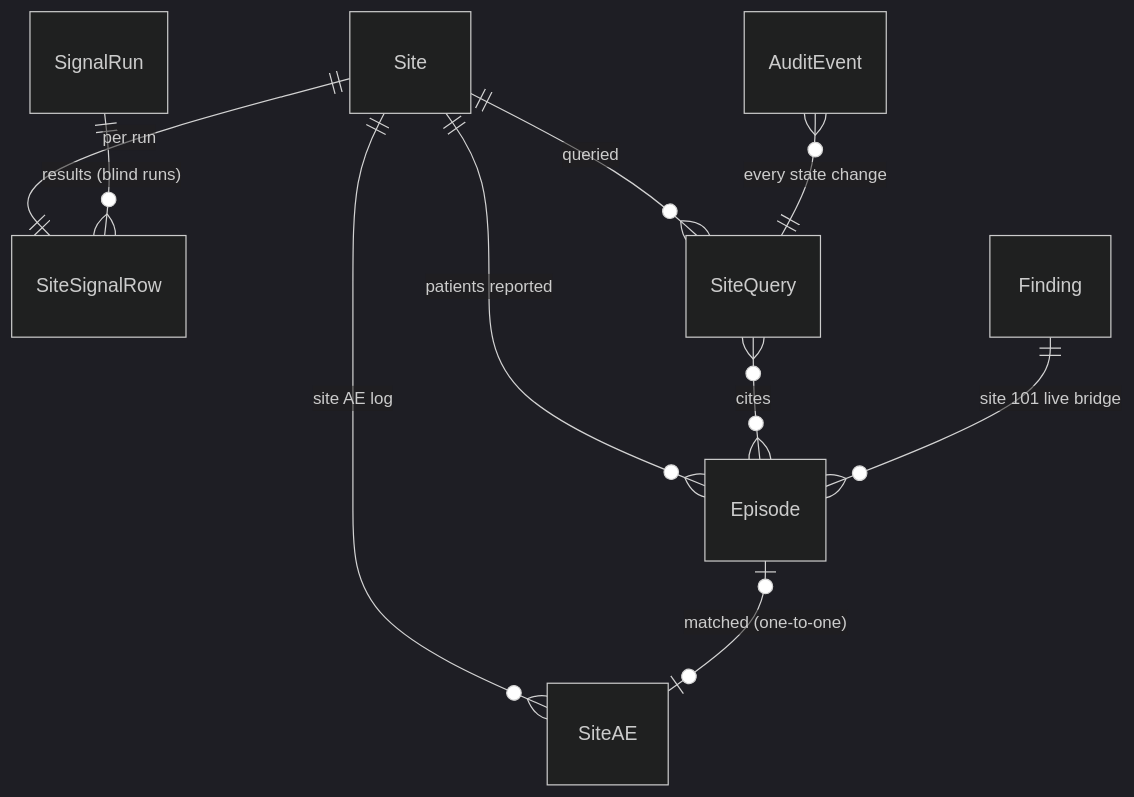
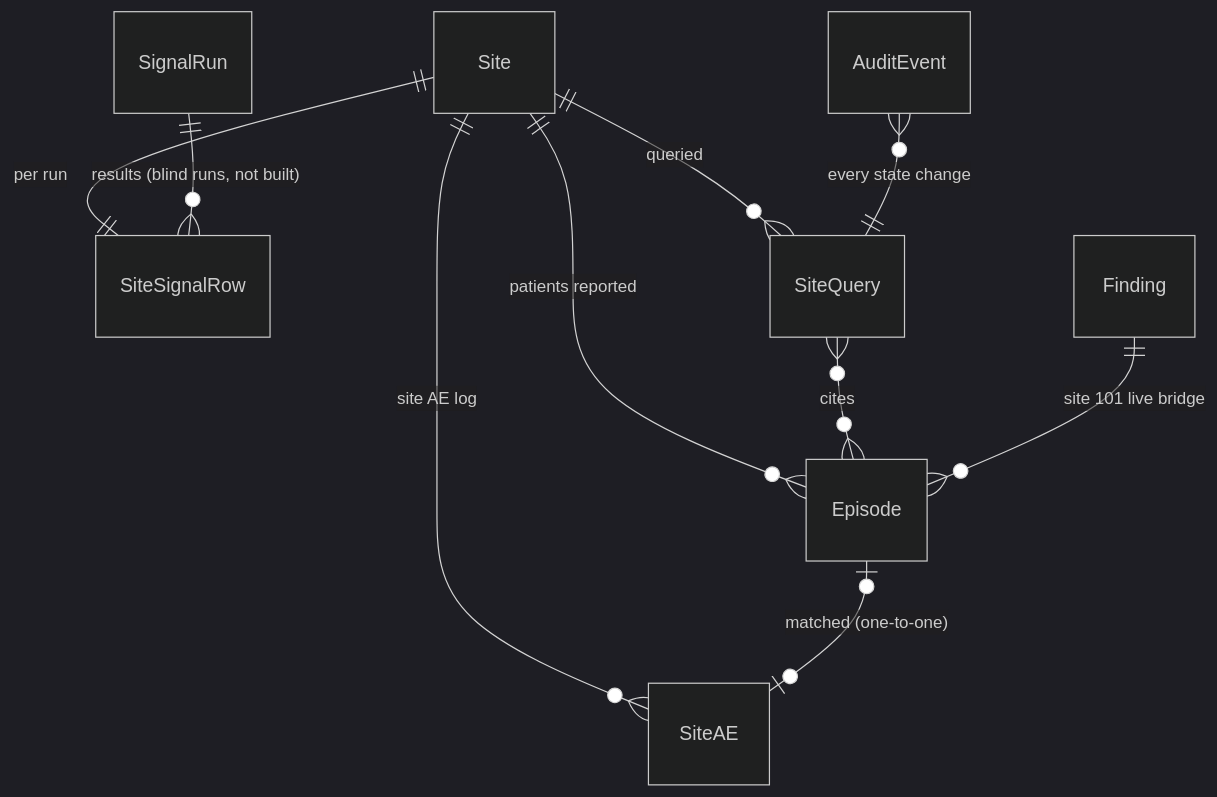
One commit to feruzkarimovv/between-visits changed the second of 2 diagrams in docs/02-data-model.md. Above: the diagram before and after it, drawn with Mermaid (dark theme). The commit also changed other lines of this file and 2 other files, not shown here.

Commit message:
WS2-B20: final review fix: docs/03 and docs/02 status built (Checkpoint A, B16-B18, B20); Planned change -> Changed; blind-run items, MONITORING_CMD, BLIND_RUN_TIMEOUT_S and SignalRun marked not built

````diff
--- a/docs/02-data-model.md
+++ b/docs/02-data-model.md
@@ -235,12 +235,12 @@
 ```mermaid
 erDiagram
   Site ||--o{ Episode : "patients reported"
   Site ||--o{ SiteAE : "site AE log"
   Episode |o--o| SiteAE : "matched (one-to-one)"
   Site ||--|| SiteSignalRow : "per run"
-  SignalRun ||--o{ SiteSignalRow : "results (blind runs)"
+  SignalRun ||--o{ SiteSignalRow : "results (blind runs, not built)"
   Site ||--o{ SiteQuery : "queried"
   SiteQuery }o--o{ Episode : cites
   Finding ||--o{ Episode : "site 101 live bridge"
   AuditEvent }o--|| SiteQuery : "every state change"
 ```
````
